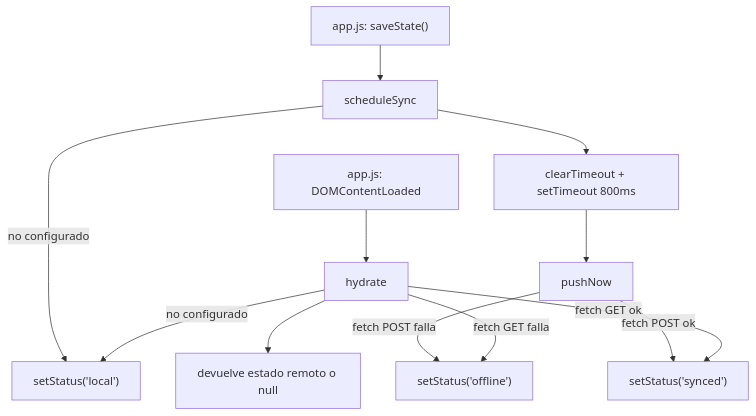
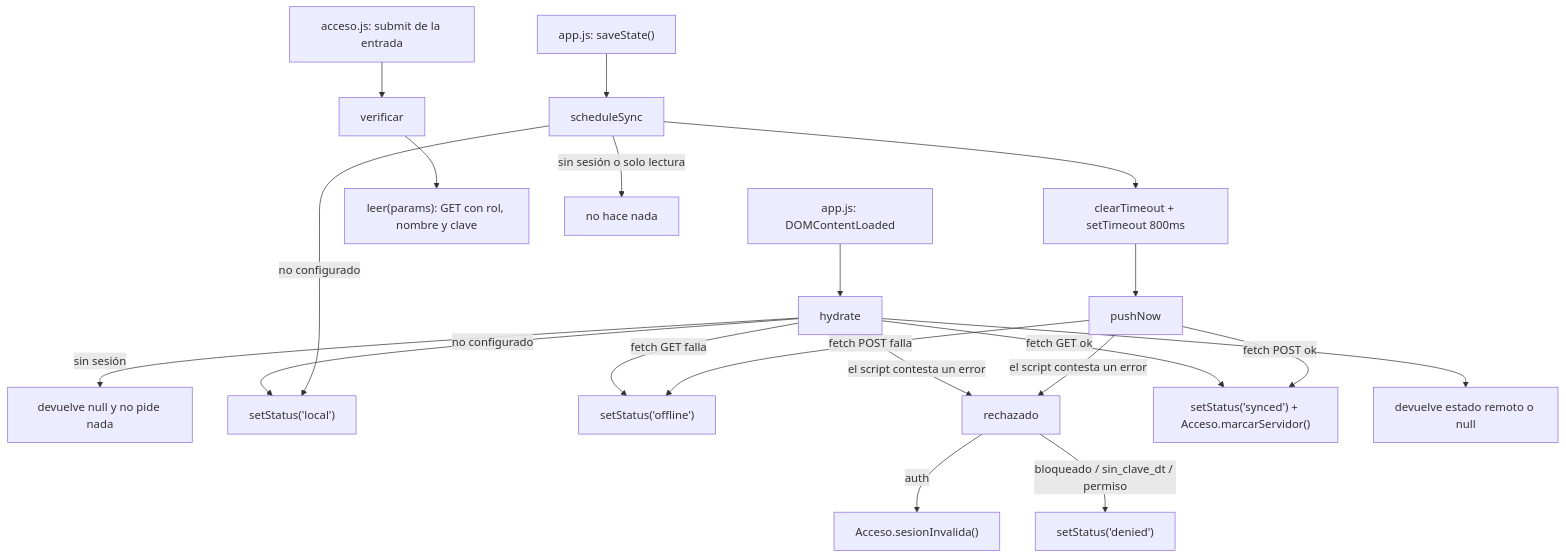
The diagram in codemap/js/sheets-integration.md (Lechuza22/DtCommander), drawn with Mermaid before and after one commit. The commit also changed other lines of this file, not shown here.

Commit message:
Acceso por roles (etapa A): entrada con clave del DT o del soporte, candado en el Apps Script y sin credenciales en el codigo

````diff
--- a/codemap/js/sheets-integration.md
+++ b/codemap/js/sheets-integration.md
@@ -10,15 +15,24 @@
 ```mermaid
 flowchart TD
     Load["app.js: DOMContentLoaded"] --> hydrate
+    hydrate -->|"sin sesión"| SinPedido["devuelve null y no pide nada"]
     hydrate -->|"no configurado"| setStatusLocal["setStatus('local')"]
     hydrate -->|"fetch GET falla"| setStatusOffline["setStatus('offline')"]
-    hydrate -->|"fetch GET ok"| setStatusSynced["setStatus('synced')"]
+    hydrate -->|"el script contesta un error"| rechazado
+    hydrate -->|"fetch GET ok"| setStatusSynced["setStatus('synced') + Acceso.marcarServidor()"]
     hydrate --> ReturnRemote["devuelve estado remoto o null"]
 
+    Entrada["acceso.js: submit de la entrada"] --> verificar
+    verificar --> leer["leer(params): GET con rol, nombre y clave"]
+
     SaveState["app.js: saveState()"] --> scheduleSync
+    scheduleSync -->|"sin sesión o solo lectura"| NoEscribe["no hace nada"]
     scheduleSync -->|"no configurado"| setStatusLocal
     scheduleSync --> ClearTimer["clearTimeout + setTimeout 800ms"]
     ClearTimer --> pushNow
     pushNow -->|"fetch POST ok"| setStatusSynced
+    pushNow -->|"el script contesta un error"| rechazado
     pushNow -->|"fetch POST falla"| setStatusOffline
+    rechazado -->|"auth"| sesionInvalida["Acceso.sesionInvalida()"]
+    rechazado -->|"bloqueado / sin_clave_dt / permiso"| setStatusDenied["setStatus('denied')"]
 ```
````
